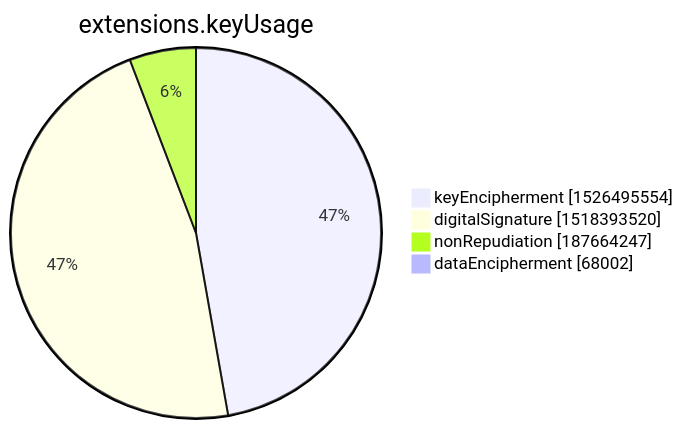
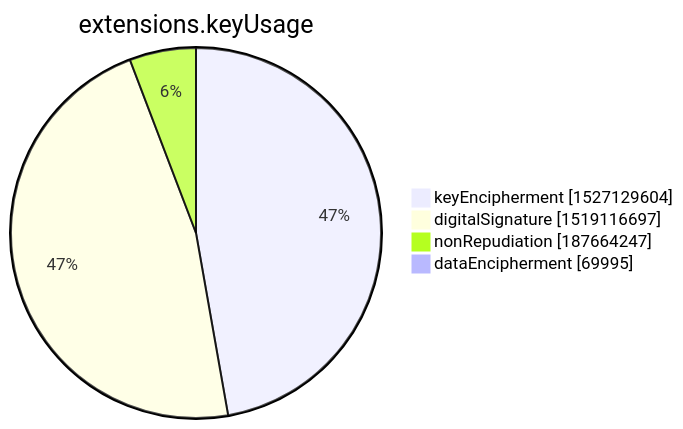
One commit to christiankrug/ctmonitor_visualization changed the seventh of 15 diagrams in xenon2022/README.md. Above: the diagram before and after it, drawn with Mermaid. The commit also changed other lines of this file, not shown here.

````diff
--- a/xenon2022/README.md
+++ b/xenon2022/README.md
@@ -2847,8 +2848,8 @@
 ```mermaid
 pie showData
 title extensions.keyUsage
-"keyEncipherment" :1526495554
-"digitalSignature" :1518393520
+"keyEncipherment" :1527129604
+"digitalSignature" :1519116697
 "nonRepudiation" :187664247
-"dataEncipherment" :68002
+"dataEncipherment" :69995
 ```
````
